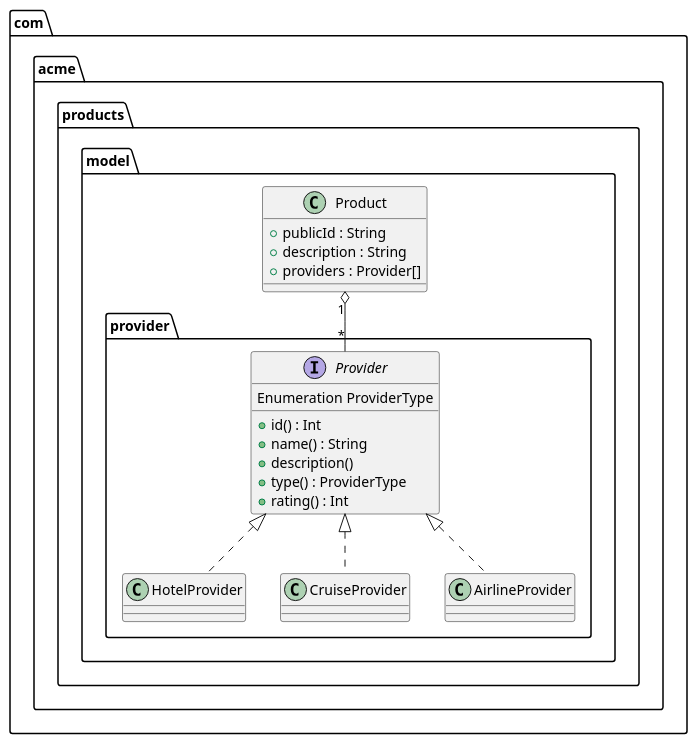
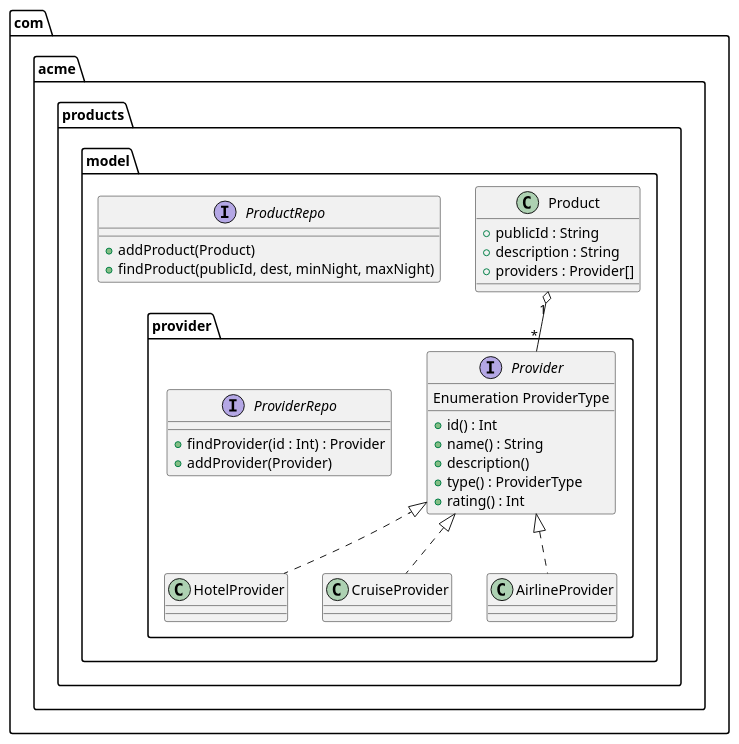
Before and after one commit to acloudfan/MSFA-ACME-Products-v1.0: the diagram in uml/products.model.class.puml, drawn with PlantUML. The commit also changed 3 other files, not shown here.

```diff
--- a/uml/products.model.class.puml
+++ b/uml/products.model.class.puml
@@ -1,30 +1,40 @@
 @startuml
 
 package com.acme.products.model.provider {
     interface Provider {
         Enumeration ProviderType
         + id() : Int
         + name() : String
         + description()
         + type() : ProviderType
         + rating() : Int
     }
 
     class HotelProvider implements Provider
     class CruiseProvider implements Provider
     class AirlineProvider implements Provider
+
+    interface ProviderRepo {
+     + findProvider(id : Int) : Provider
+     + addProvider(Provider)
+    }
 }
 
 package com.acme.products.model {
    class Product {
     + publicId : String
     + description : String
     + providers : Provider[]
    }
 
    Product "1" o-- "*" Provider
+
+   interface ProductRepo {
+     + addProduct(Product)
+     + findProduct(publicId, dest, minNight, maxNight)
+   }
 }
 
 'title   "\n\nClass diagram for Products model\n\n"
 'footer  "Part of the course on Microservices"
 @enduml
```
